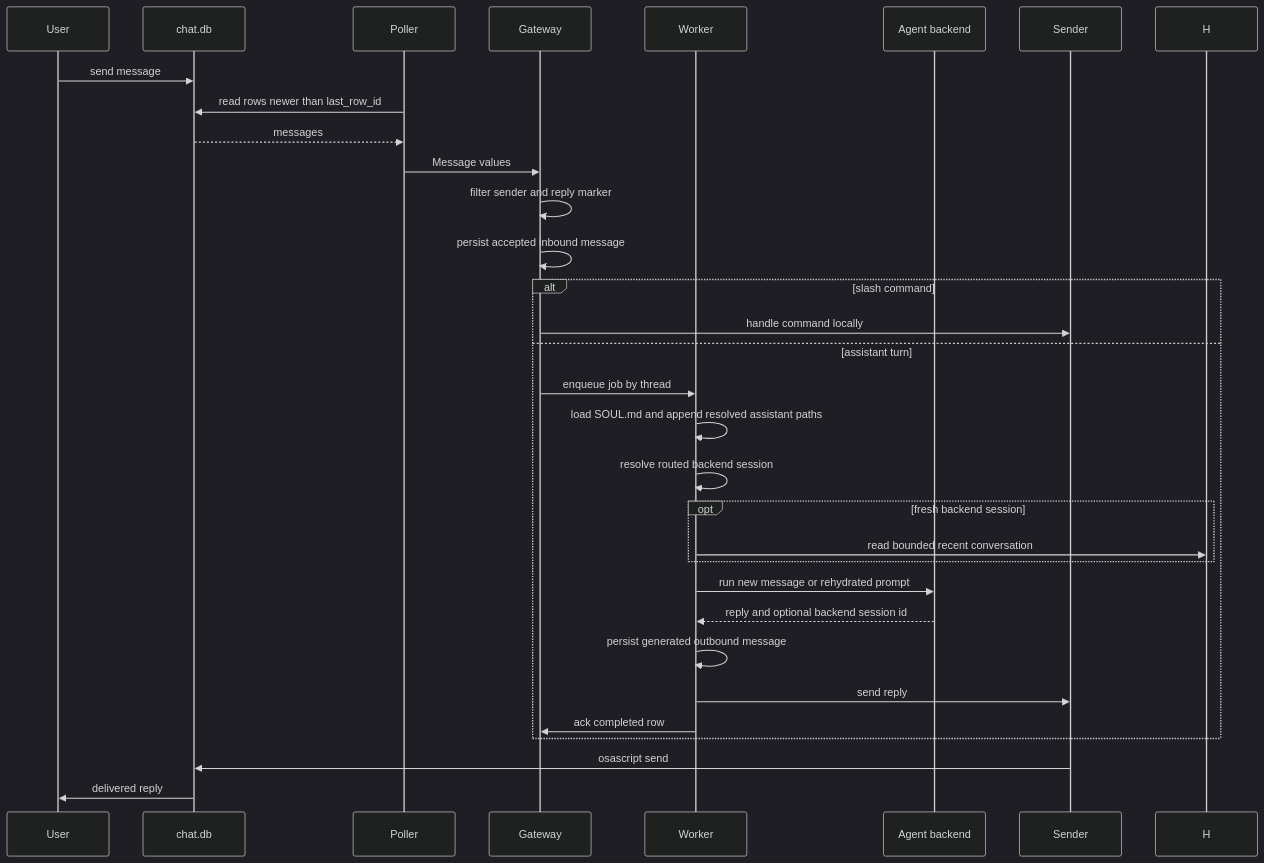
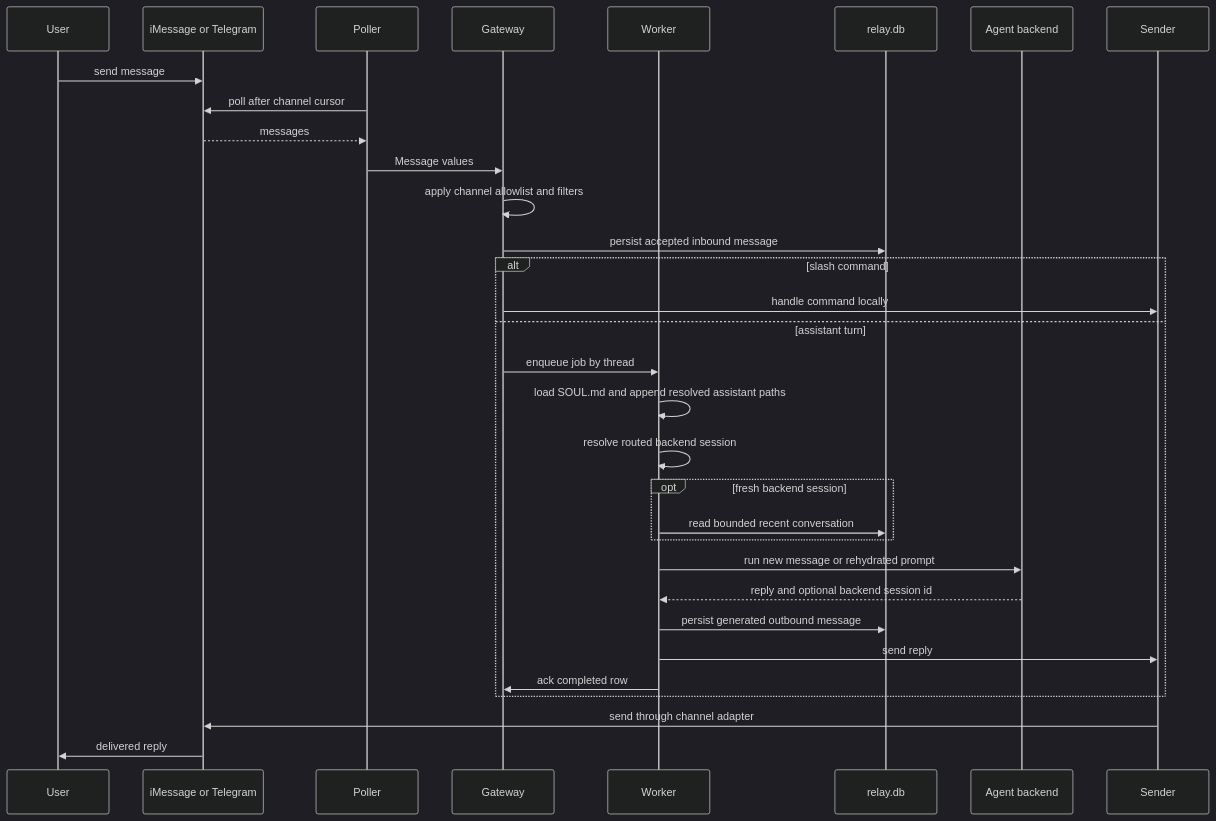
The second of 2 diagrams in docs/architecture.md (edheltzel/Relay), drawn with Mermaid (dark theme) before and after one commit. The commit also changed other lines of this file and 14 other files, not shown here.

````diff
--- a/docs/architecture.md
+++ b/docs/architecture.md
@@ -92,34 +93,35 @@
 ```mermaid
 sequenceDiagram
     participant U as User
-    participant DB as chat.db
+    participant C as iMessage or Telegram
     participant P as Poller
     participant G as Gateway
     participant W as Worker
+    participant H as relay.db
     participant A as Agent backend
     participant S as Sender
 
-    U->>DB: send message
-    P->>DB: read rows newer than last_row_id
-    DB-->>P: messages
+    U->>C: send message
+    P->>C: poll after channel cursor
+    C-->>P: messages
     P->>G: Message values
-    G->>G: filter sender and reply marker
-    G->>G: persist accepted inbound message
+    G->>G: apply channel allowlist and filters
+    G->>H: persist accepted inbound message
     alt slash command
         G->>S: handle command locally
     else assistant turn
         G->>W: enqueue job by thread
         W->>W: load SOUL.md and append resolved assistant paths
         W->>W: resolve routed backend session
         opt fresh backend session
             W->>H: read bounded recent conversation
         end
         W->>A: run new message or rehydrated prompt
         A-->>W: reply and optional backend session id
-        W->>W: persist generated outbound message
+        W->>H: persist generated outbound message
         W->>S: send reply
         W->>G: ack completed row
     end
-    S->>DB: osascript send
-    DB->>U: delivered reply
+    S->>C: send through channel adapter
+    C->>U: delivered reply
 ```
````
